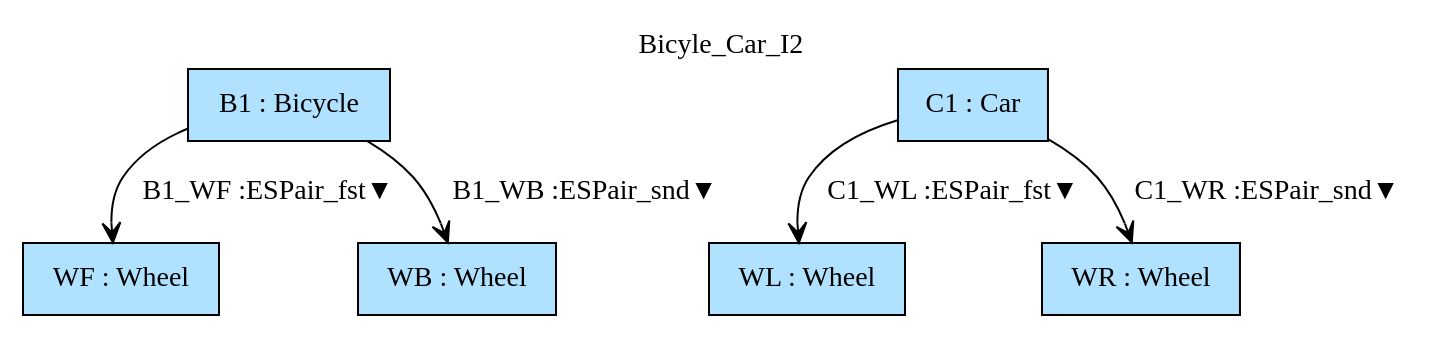
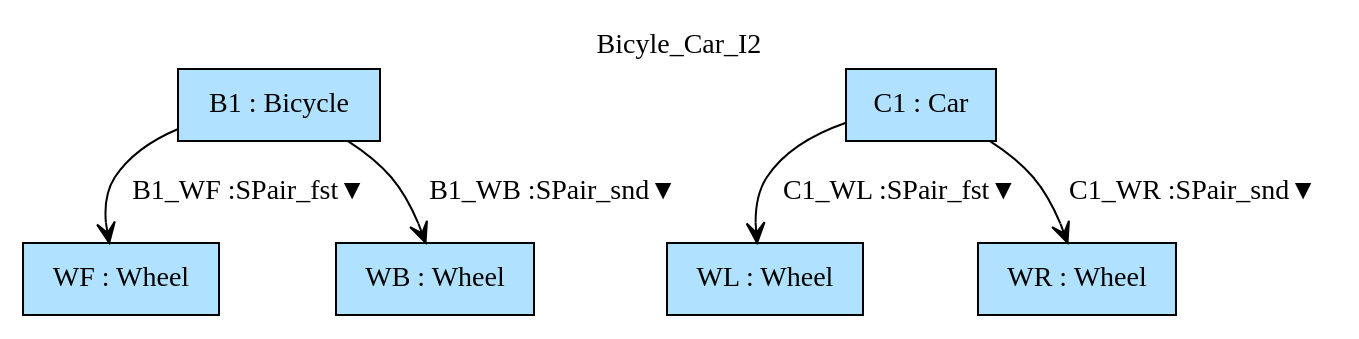
Before and after one commit to namalio/Fragmenta: the diagram in Haskell/FragmentaTests/SGVehicleParts/img/Bicyle_Car_I2.gv, drawn with Graphviz. The commit also changed 32 other files, not shown here.

```diff
--- a/Haskell/FragmentaTests/SGVehicleParts/img/Bicyle_Car_I2.gv
+++ b/Haskell/FragmentaTests/SGVehicleParts/img/Bicyle_Car_I2.gv
@@ -1,13 +1,13 @@
 digraph {graph[label=Bicyle_Car_I2,labelloc=tl,labelfontsize=12];
 "WF"[shape=box,fillcolor=lightskyblue1,style = filled,label="WF : Wheel"];
 "B1"[shape=box,fillcolor=lightskyblue1,style = filled,label="B1 : Bicycle"];
 "WB"[shape=box,fillcolor=lightskyblue1,style = filled,label="WB : Wheel"];
 "WL"[shape=box,fillcolor=lightskyblue1,style = filled,label="WL : Wheel"];
 "C1"[shape=box,fillcolor=lightskyblue1,style = filled,label="C1 : Car"];
 "WR"[shape=box,fillcolor=lightskyblue1,style = filled,label="WR : Wheel"];
 
-"B1"->"WF"[label="B1_WF :ESPair_fst▼",arrowhead=vee];
-"B1"->"WB"[label="B1_WB :ESPair_snd▼",arrowhead=vee];
-"C1"->"WL"[label="C1_WL :ESPair_fst▼",arrowhead=vee];
-"C1"->"WR"[label="C1_WR :ESPair_snd▼",arrowhead=vee];
+"B1"->"WF"[label="B1_WF :SPair_fst▼",arrowhead=vee];
+"B1"->"WB"[label="B1_WB :SPair_snd▼",arrowhead=vee];
+"C1"->"WL"[label="C1_WL :SPair_fst▼",arrowhead=vee];
+"C1"->"WR"[label="C1_WR :SPair_snd▼",arrowhead=vee];
 }
```
